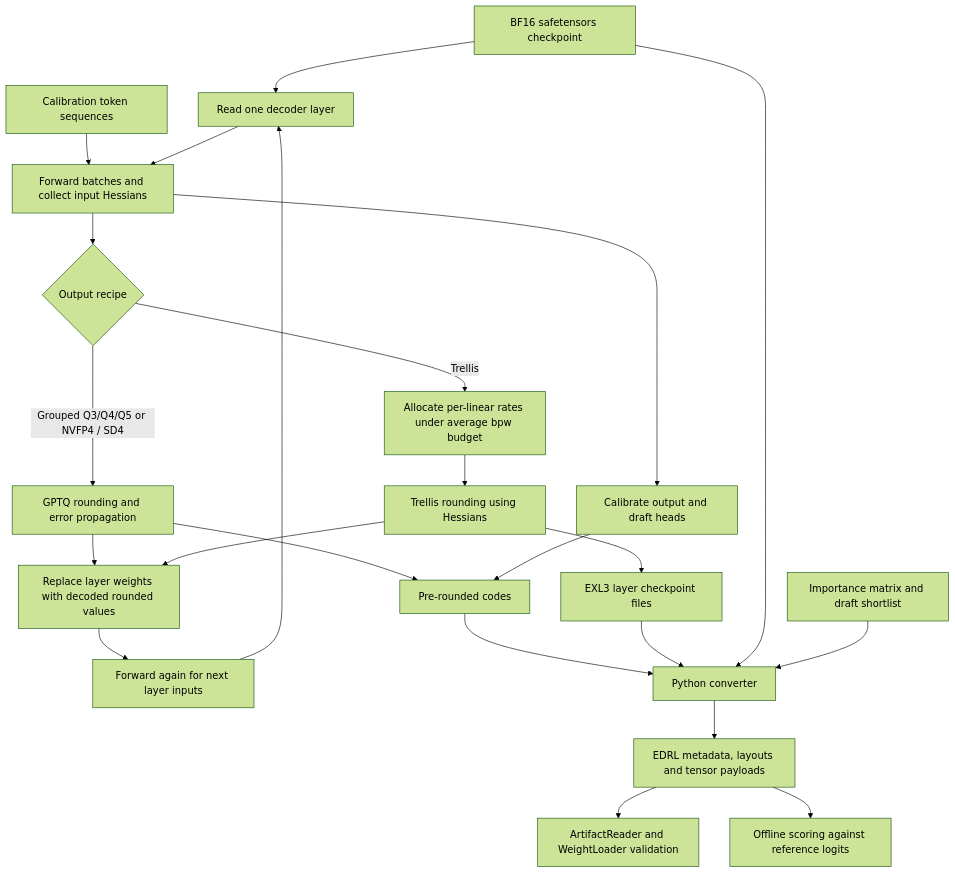
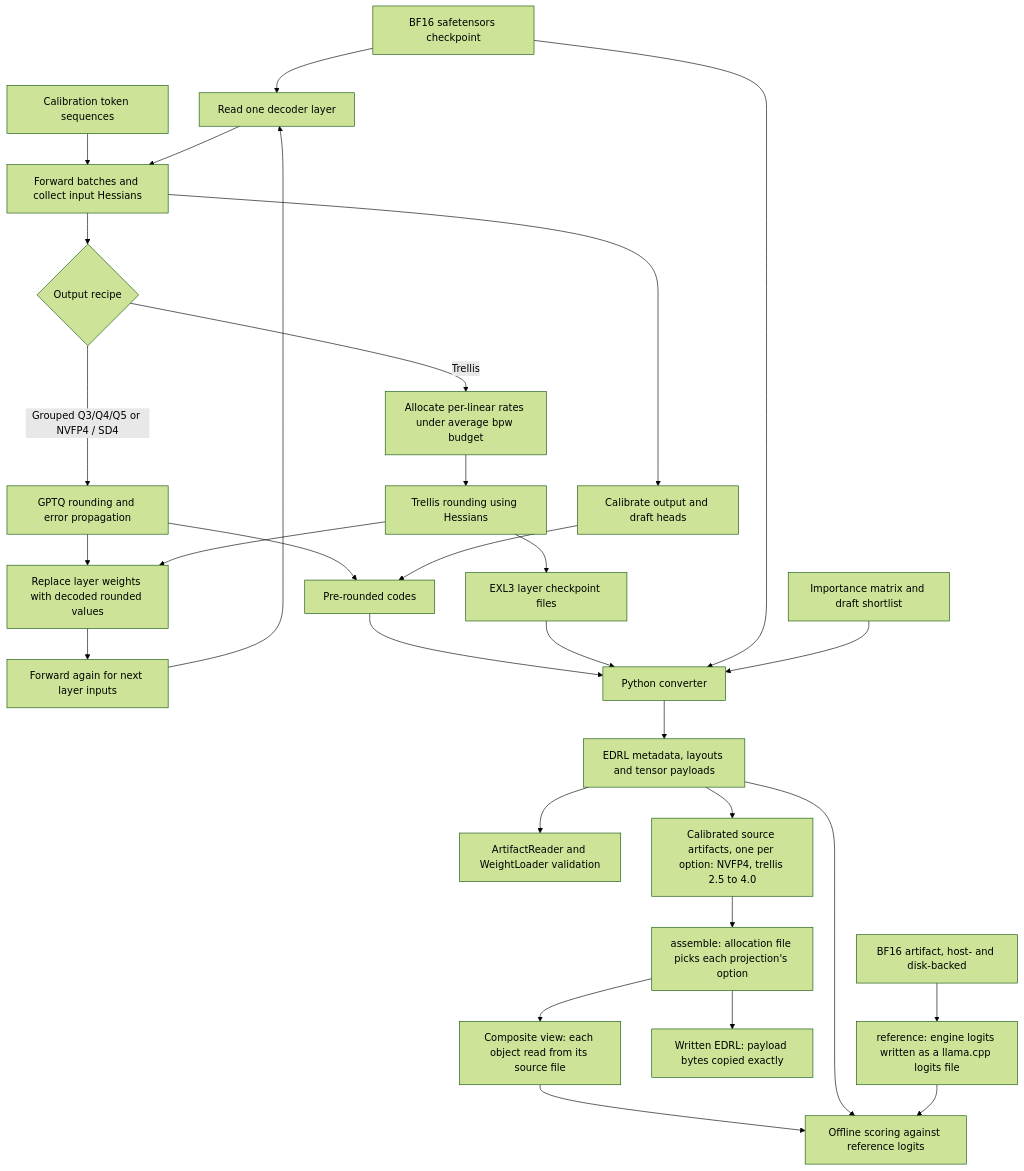
One commit to Euhedral-Engine/Euhedral changed the diagram in docs/architecture/06-quantization.md. Above: the diagram before and after it, drawn with Mermaid (forest theme). The commit also changed other lines of this file, not shown here.

Commit message:
docs: assembling mixed artifacts and engine-made references in the quantization diagram

````diff
--- a/docs/architecture/06-quantization.md
+++ b/docs/architecture/06-quantization.md
@@ -5,25 +5,32 @@
 ```mermaid
 flowchart TD
     Checkpoint[BF16 safetensors checkpoint] --> Layer[Read one decoder layer]
     Tokens[Calibration token sequences] --> Forward[Forward batches and collect input Hessians]
     Layer --> Forward
     Forward --> Recipe{Output recipe}
     Recipe -->|Grouped Q3/Q4/Q5 or NVFP4 / SD4| GPTQ[GPTQ rounding and error propagation]
     Recipe -->|Trellis| Allocation[Allocate per-linear rates under average bpw budget]
     Allocation --> Trellis[Trellis rounding using Hessians]
     GPTQ --> Replace[Replace layer weights with decoded rounded values]
     Trellis --> Replace
     Replace --> Next[Forward again for next layer inputs]
     Next --> Layer
     GPTQ --> Codes[Pre-rounded codes]
     Trellis --> EXL3[EXL3 layer checkpoint files]
     Forward --> Heads[Calibrate output and draft heads]
     Heads --> Codes
     Codes --> Convert[Python converter]
     EXL3 --> Convert
     Checkpoint --> Convert
     Importance[Importance matrix and draft shortlist] --> Convert
     Convert --> Artifact[EDRL metadata, layouts and tensor payloads]
     Artifact --> Load[ArtifactReader and WeightLoader validation]
-    Artifact --> Score[Offline scoring against reference logits]
+    Artifact --> Sources[Calibrated source artifacts, one per option: NVFP4, trellis 2.5 to 4.0]
+    Sources --> Assemble[assemble: allocation file picks each projection's option]
+    Assemble --> Composite[Composite view: each object read from its source file]
+    Assemble --> Written[Written EDRL: payload bytes copied exactly]
+    Composite --> Score[Offline scoring against reference logits]
+    Artifact --> Score
+    BF16[BF16 artifact, host- and disk-backed] --> Reference[reference: engine logits written as a llama.cpp logits file]
+    Reference --> Score
 ```
````
